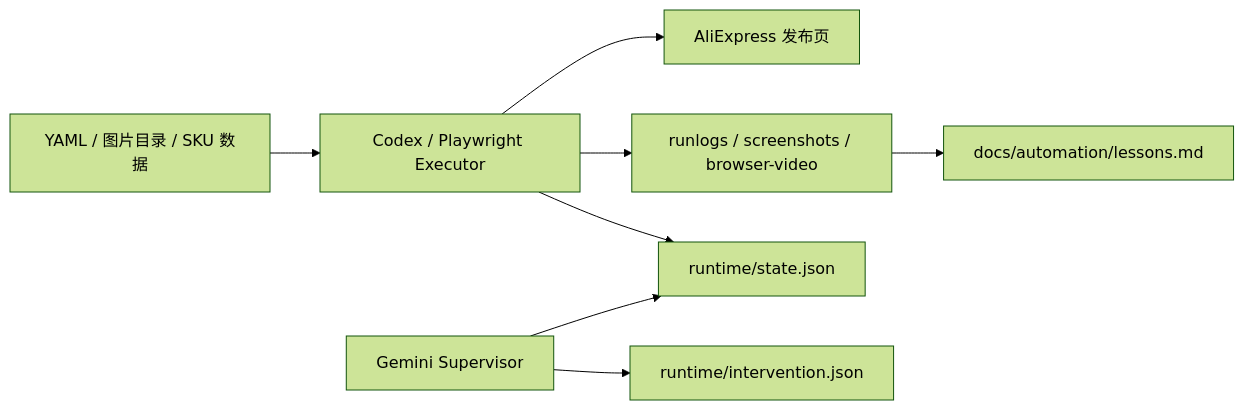
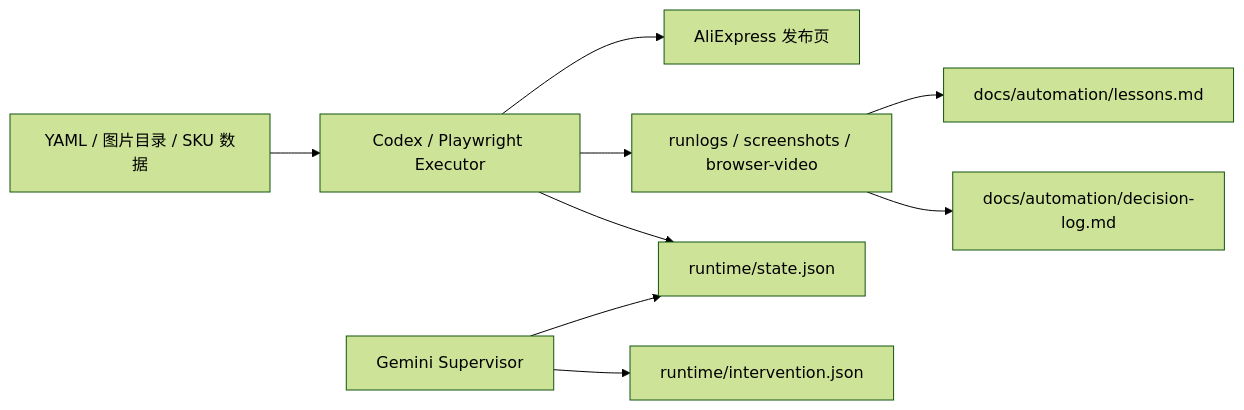
Before and after one commit to SaturdayGo/ecommerce-ops-automation: the diagram in README.md, drawn with Mermaid (forest theme). The commit also changed other lines of this file and 5 other files, not shown here.

Commit message:
docs: add governance decision log

````diff
--- a/README.md
+++ b/README.md
@@ -109,10 +111,11 @@
 ```mermaid
 flowchart LR
     A["YAML / 图片目录 / SKU 数据"] --> B["Codex / Playwright Executor"]
     B --> C["AliExpress 发布页"]
     B --> D["runlogs / screenshots / browser-video"]
     B --> E["runtime/state.json"]
     F["Gemini Supervisor"] --> E
     F --> G["runtime/intervention.json"]
     D --> H["docs/automation/lessons.md"]
+    D --> I["docs/automation/decision-log.md"]
 ```
````
